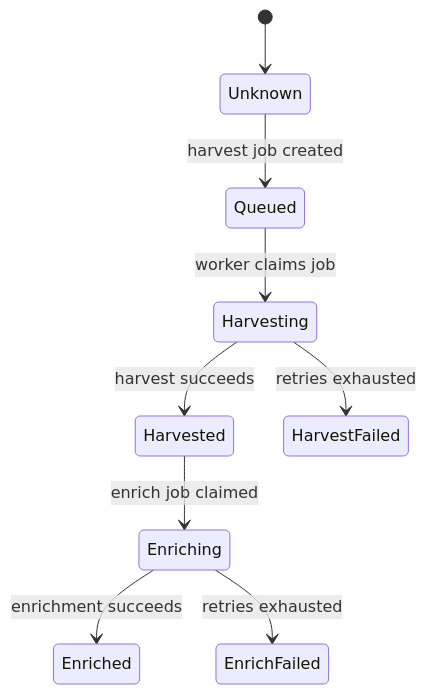
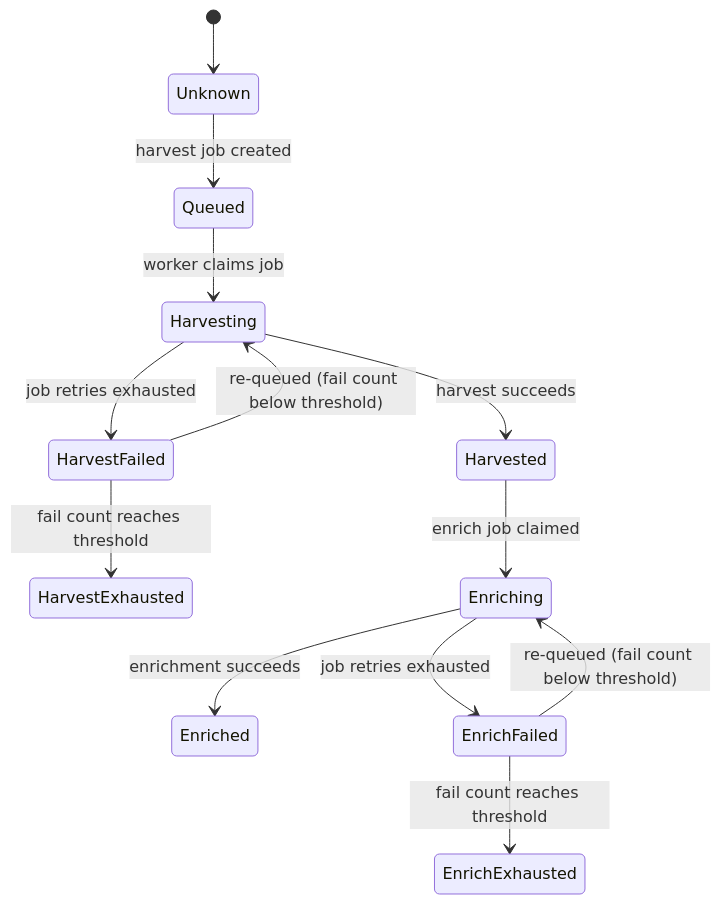
One commit to MinBZK/regelrecht changed the third of 3 diagrams in docs/src/content/docs/components/pipeline.md. Above: the diagram before and after it, drawn with Mermaid. The commit also changed other lines of this file and 4 other files, not shown here.

````diff
--- a/docs/src/content/docs/components/pipeline.md
+++ b/docs/src/content/docs/components/pipeline.md
@@ -78,11 +78,15 @@
 ```mermaid
 stateDiagram-v2
     [*] --> Unknown
     Unknown --> Queued: harvest job created
     Queued --> Harvesting: worker claims job
     Harvesting --> Harvested: harvest succeeds
-    Harvesting --> HarvestFailed: retries exhausted
+    Harvesting --> HarvestFailed: job retries exhausted
+    HarvestFailed --> Harvesting: re-queued (fail count below threshold)
+    HarvestFailed --> HarvestExhausted: fail count reaches threshold
     Harvested --> Enriching: enrich job claimed
     Enriching --> Enriched: enrichment succeeds
-    Enriching --> EnrichFailed: retries exhausted
+    Enriching --> EnrichFailed: job retries exhausted
+    EnrichFailed --> Enriching: re-queued (fail count below threshold)
+    EnrichFailed --> EnrichExhausted: fail count reaches threshold
 ```
````
